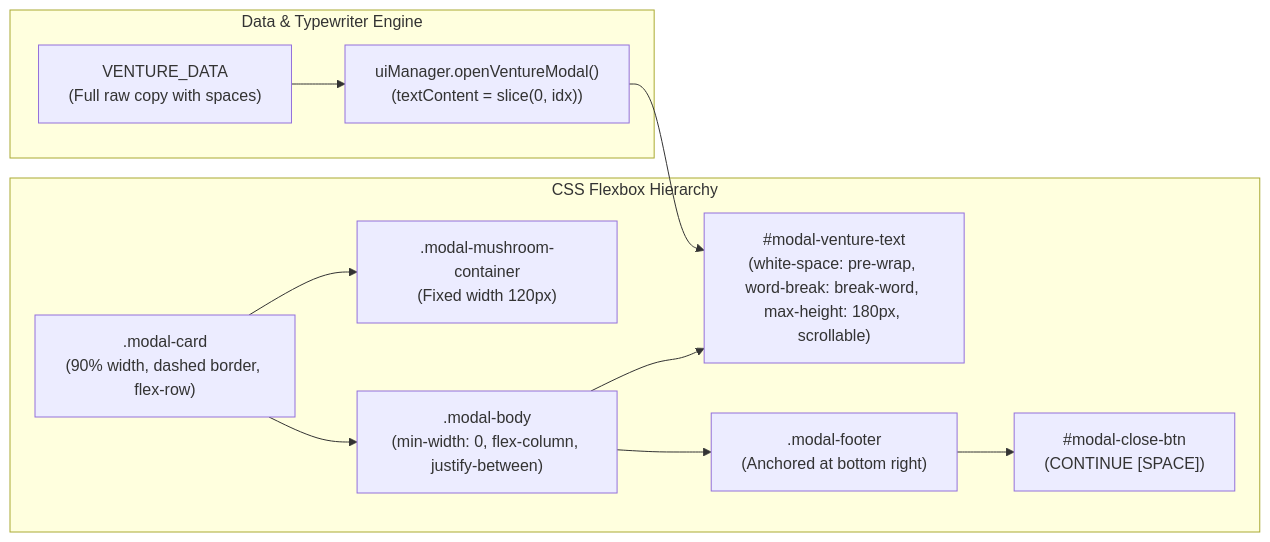
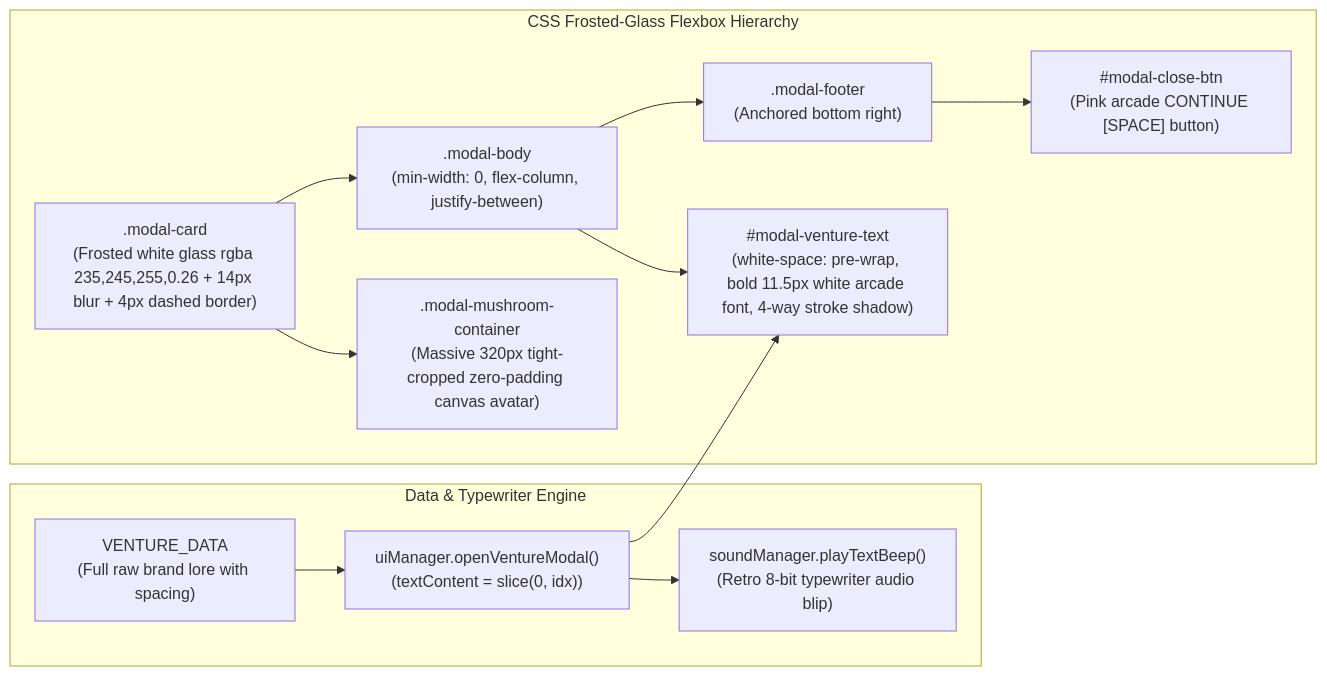
One commit to govindgautam-glitch/mario-game changed the fifth of 5 diagrams in project_summary_graph.md. Above: the diagram before and after it, drawn with Mermaid. The commit also changed other lines of this file and 9 other files, not shown here.

Commit message:
feat: complete 5-state pipe transition with canvas clipping, seamless parallax mirror tiling, and frosted venture modal

````diff
--- a/project_summary_graph.md
+++ b/project_summary_graph.md
@@ -176,24 +174,26 @@
 ```mermaid
 graph LR
     subgraph "Data & Typewriter Engine"
-        Data["VENTURE_DATA<br/>(Full raw copy with spaces)"]
+        Data["VENTURE_DATA<br/>(Full raw brand lore with spacing)"]
         Slice["uiManager.openVentureModal()<br/>(textContent = slice(0, idx))"]
+        SFX["soundManager.playTextBeep()<br/>(Retro 8-bit typewriter audio blip)"]
     end
 
-    subgraph "CSS Flexbox Hierarchy"
-        Card[".modal-card<br/>(90% width, dashed border, flex-row)"]
-        Icon[".modal-mushroom-container<br/>(Fixed width 120px)"]
+    subgraph "CSS Frosted-Glass Flexbox Hierarchy"
+        Card[".modal-card<br/>(Frosted white glass rgba 235,245,255,0.26 + 14px blur + 4px dashed border)"]
+        Icon[".modal-mushroom-container<br/>(Massive 320px tight-cropped zero-padding canvas avatar)"]
         Body[".modal-body<br/>(min-width: 0, flex-column, justify-between)"]
-        Text["#modal-venture-text<br/>(white-space: pre-wrap, word-break: break-word, max-height: 180px, scrollable)"]
-        Footer[".modal-footer<br/>(Anchored at bottom right)"]
-        Btn["#modal-close-btn<br/>(CONTINUE [SPACE])"]
+        Text["#modal-venture-text<br/>(white-space: pre-wrap, bold 11.5px white arcade font, 4-way stroke shadow)"]
+        Footer[".modal-footer<br/>(Anchored bottom right)"]
+        Btn["#modal-close-btn<br/>(Pink arcade CONTINUE [SPACE] button)"]
     end
 
     Data --> Slice
+    Slice --> SFX
     Slice --> Text
     Card --> Icon
     Card --> Body
     Body --> Text
     Body --> Footer
     Footer --> Btn
 ```
````
